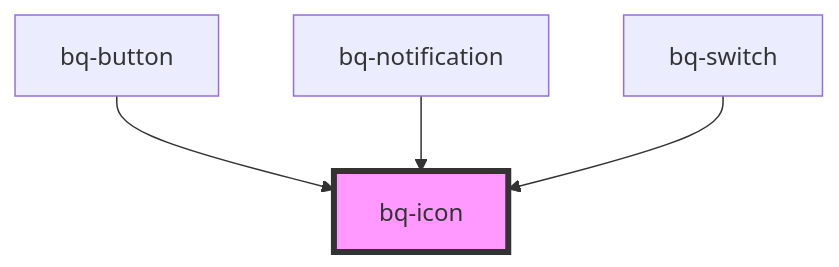
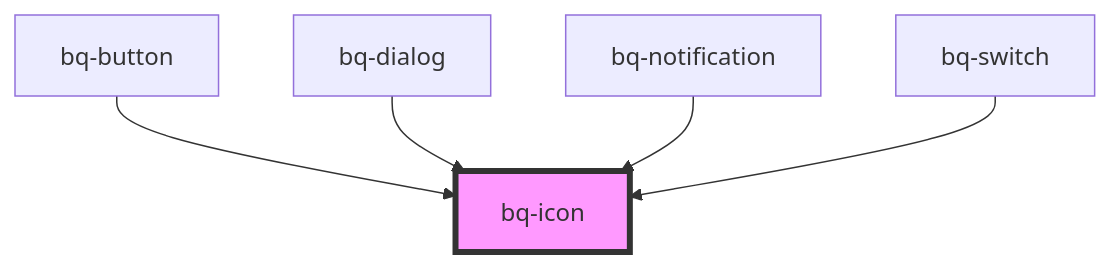
Before and after one commit to Endava/BEEQ: the diagram in packages/bee-q/src/components/icon/readme.md, drawn with Mermaid. The commit also changed other lines of this file and 13 other files, not shown here.

````diff
--- a/packages/bee-q/src/components/icon/readme.md
+++ b/packages/bee-q/src/components/icon/readme.md
@@ -44,7 +45,8 @@
 ```mermaid
 graph TD;
   bq-button --> bq-icon
+  bq-dialog --> bq-icon
   bq-notification --> bq-icon
   bq-switch --> bq-icon
   style bq-icon fill:#f9f,stroke:#333,stroke-width:4px
 ```
````
